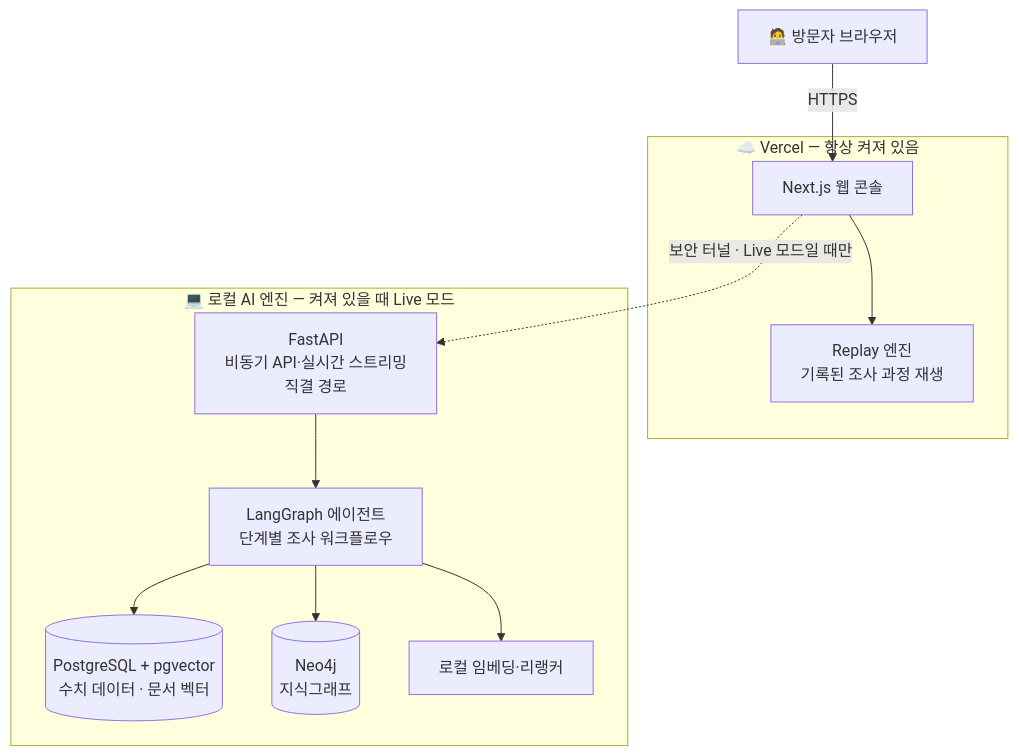
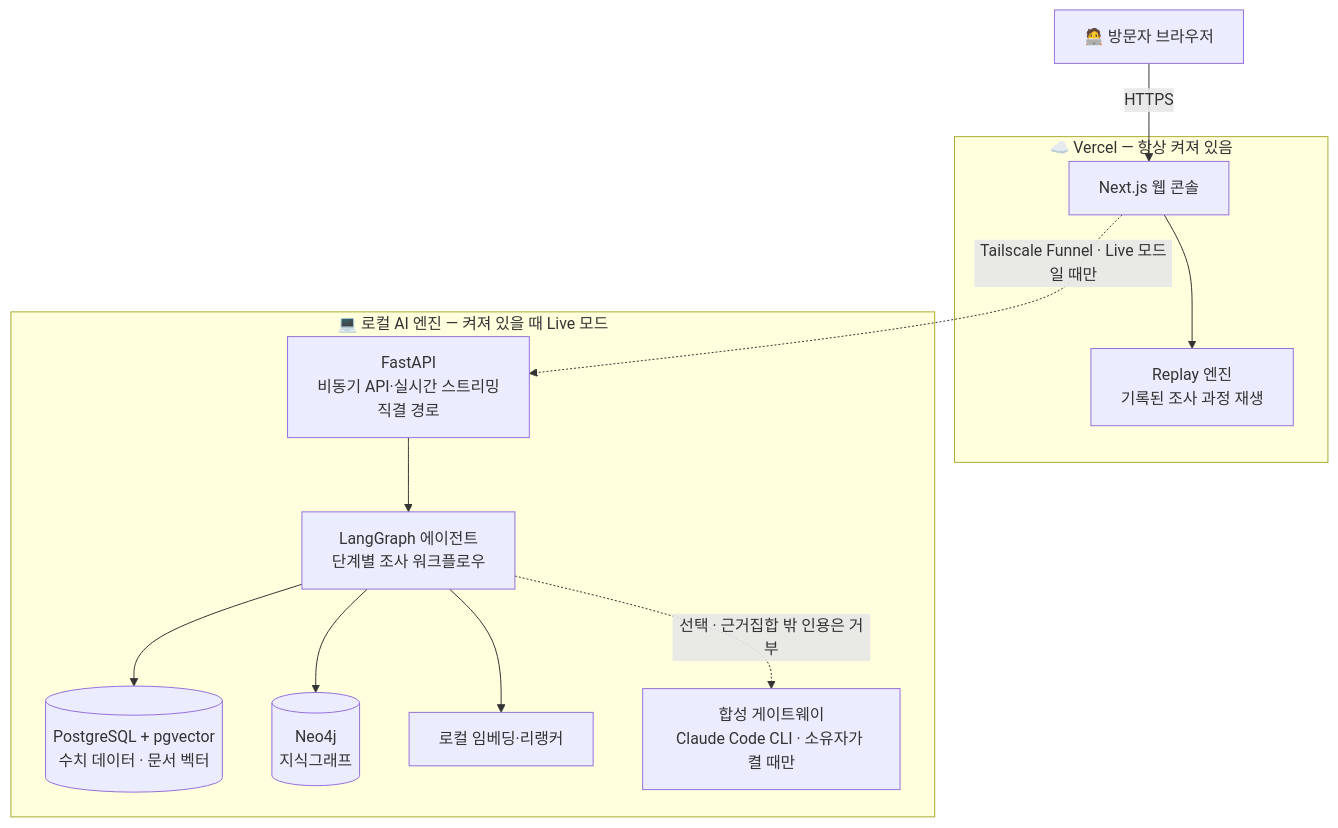
Before and after one commit to sinelym-creator/factory-knowledge-twin: the first of 3 diagrams in README.md, drawn with Mermaid. The commit also changed other lines of this file and 12 other files, not shown here.

````diff
--- a/README.md
+++ b/README.md
@@ -48,25 +48,27 @@
 ```mermaid
 flowchart TB
     V[🧑‍💻 방문자 브라우저]
 
     subgraph CLOUD["☁️ Vercel — 항상 켜져 있음"]
         W[Next.js 웹 콘솔]
         R[Replay 엔진<br/>기록된 조사 과정 재생]
     end
 
     subgraph LOCAL["💻 로컬 AI 엔진 — 켜져 있을 때 Live 모드"]
         A[FastAPI<br/>비동기 API·실시간 스트리밍<br/>직결 경로]
         L[LangGraph 에이전트<br/>단계별 조사 워크플로우]
         P[(PostgreSQL + pgvector<br/>수치 데이터 · 문서 벡터)]
         N[(Neo4j<br/>지식그래프)]
         E[로컬 임베딩·리랭커]
+        S[합성 게이트웨이<br/>Claude Code CLI · 소유자가 켤 때만]
     end
 
     V -->|HTTPS| W
     W --> R
-    W -.->|보안 터널 · Live 모드일 때만| A
+    W -.->|Tailscale Funnel · Live 모드일 때만| A
     A --> L
     L --> P
     L --> N
     L --> E
+    L -.->|선택 · 근거집합 밖 인용은 거부| S
 ```
````
